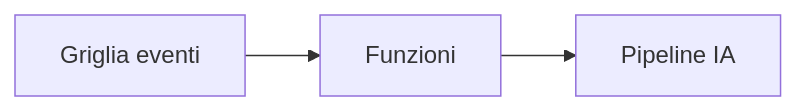
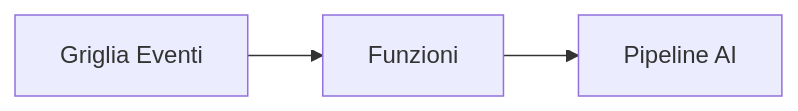
The second of 2 diagrams in translations/it/docs/chapter-08-production/README.md (microsoft/AZD-for-beginners), drawn with Mermaid before and after one commit. The commit also changed other lines of this file and 61 other files, not shown here.

````diff
--- a/translations/it/docs/chapter-08-production/README.md
+++ b/translations/it/docs/chapter-08-production/README.md
@@ -57,4 +57,4 @@
 ```mermaid
 graph LR
-    EventGrid[Griglia eventi] --> Functions[Funzioni] --> Pipeline[Pipeline IA]
+    EventGrid[Griglia Eventi] --> Functions[Funzioni] --> Pipeline[Pipeline AI]
 ```
````
